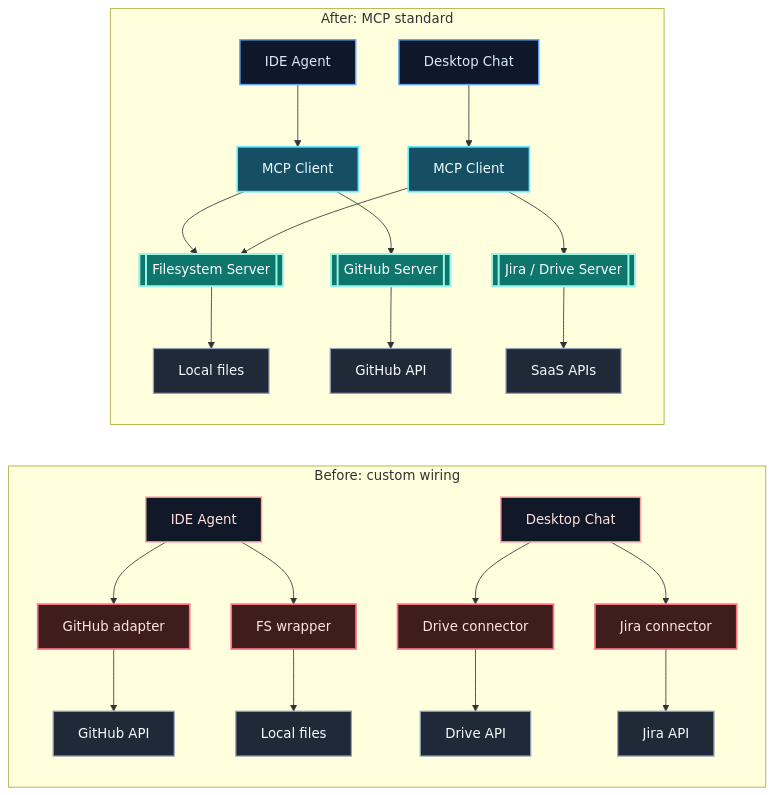
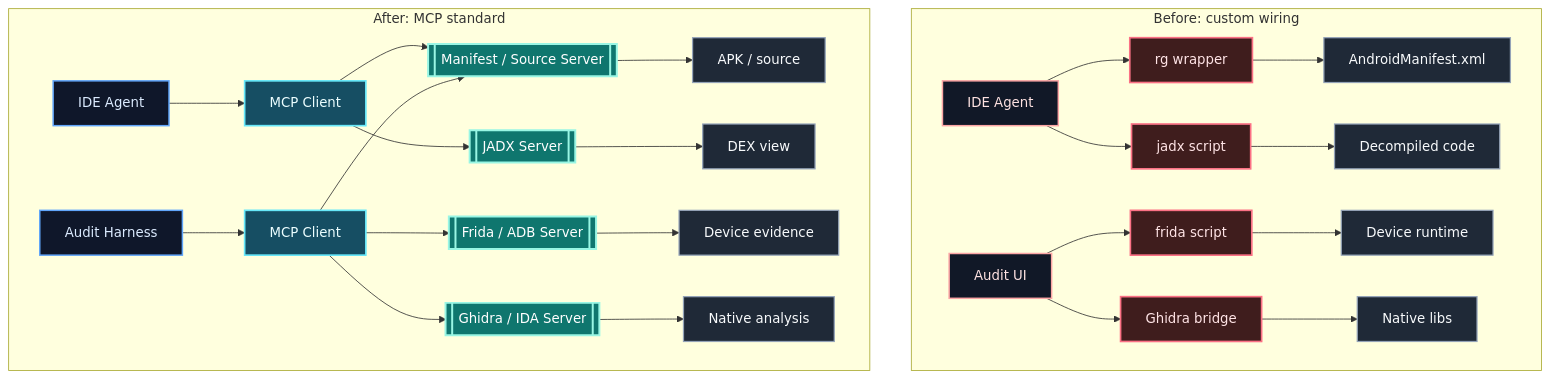
One commit to koalav/present-anyything changed the fifth of 16 diagrams in docs/ai-agent-effective-use/mermaid-diagrams.md. Above: the diagram before and after it, drawn with Mermaid. The commit also changed other lines of this file and 26 other files, not shown here.

````diff
--- a/docs/ai-agent-effective-use/mermaid-diagrams.md
+++ b/docs/ai-agent-effective-use/mermaid-diagrams.md
@@ -95,26 +94,28 @@
 ```mermaid
-flowchart LR
-  subgraph Before["Before: custom wiring"]
-    BA["IDE Agent"]:::app --> B1["GitHub adapter"]:::wire --> BT1["GitHub API"]:::external
-    BA --> B2["FS wrapper"]:::wire --> BT2["Local files"]:::external
-    BB["Desktop Chat"]:::app --> B3["Drive connector"]:::wire --> BT3["Drive API"]:::external
-    BB --> B4["Jira connector"]:::wire --> BT4["Jira API"]:::external
+flowchart TB
+  subgraph ABefore["Before: custom wiring"]
+    BA["IDE Agent"]:::app --> B1["rg wrapper"]:::wire --> BT1["AndroidManifest.xml"]:::external
+    BA --> B2["jadx script"]:::wire --> BT2["Decompiled code"]:::external
+    BB["Audit UI"]:::app --> B3["frida script"]:::wire --> BT3["Device runtime"]:::external
+    BB --> B4["Ghidra bridge"]:::wire --> BT4["Native libs"]:::external
   end
-  subgraph After["After: MCP standard"]
+  subgraph BAfter["After: MCP standard"]
     HA["IDE Agent"]:::client --> HC1["MCP Client"]:::bridge
-    HB["Desktop Chat"]:::client --> HC2["MCP Client"]:::bridge
-    HC1 --> HS1[["Filesystem Server"]]:::server
-    HC1 --> HS2[["GitHub Server"]]:::server
+    HB["Audit Harness"]:::client --> HC2["MCP Client"]:::bridge
+    HC1 --> HS1[["Manifest / Source Server"]]:::server
+    HC1 --> HS2[["JADX Server"]]:::server
     HC2 --> HS1
-    HC2 --> HS3[["Jira / Drive Server"]]:::server
-    HS1 --> HT1["Local files"]:::external
-    HS2 --> HT2["GitHub API"]:::external
-    HS3 --> HT3["SaaS APIs"]:::external
+    HC2 --> HS3[["Frida / ADB Server"]]:::server
+    HC2 --> HS4[["Ghidra / IDA Server"]]:::server
+    HS1 --> HT1["APK / source"]:::external
+    HS2 --> HT2["DEX view"]:::external
+    HS3 --> HT3["Device evidence"]:::external
+    HS4 --> HT4["Native analysis"]:::external
   end
   classDef app fill:#111827,stroke:#fca5a5,color:#fee2e2,stroke-width:1.8px;
   classDef wire fill:#3f1d1d,stroke:#fb7185,color:#ffe4e6,stroke-width:2px;
   classDef client fill:#0f172a,stroke:#60a5fa,color:#dbeafe,stroke-width:1.8px;
   classDef bridge fill:#164e63,stroke:#67e8f9,color:#ecfeff,stroke-width:2px;
   classDef server fill:#0f766e,stroke:#99f6e4,color:#ffffff,stroke-width:2.4px;
   classDef external fill:#1f2937,stroke:#94a3b8,color:#f8fafc,stroke-width:1.5px;
 ```
````
